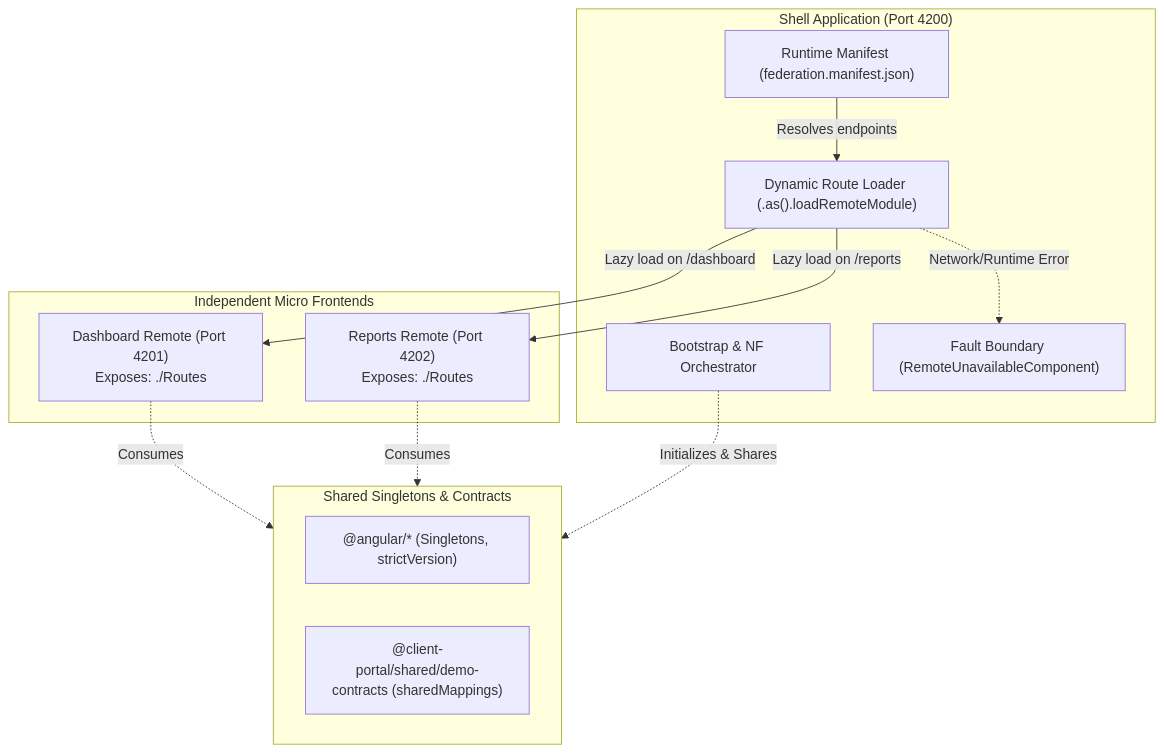
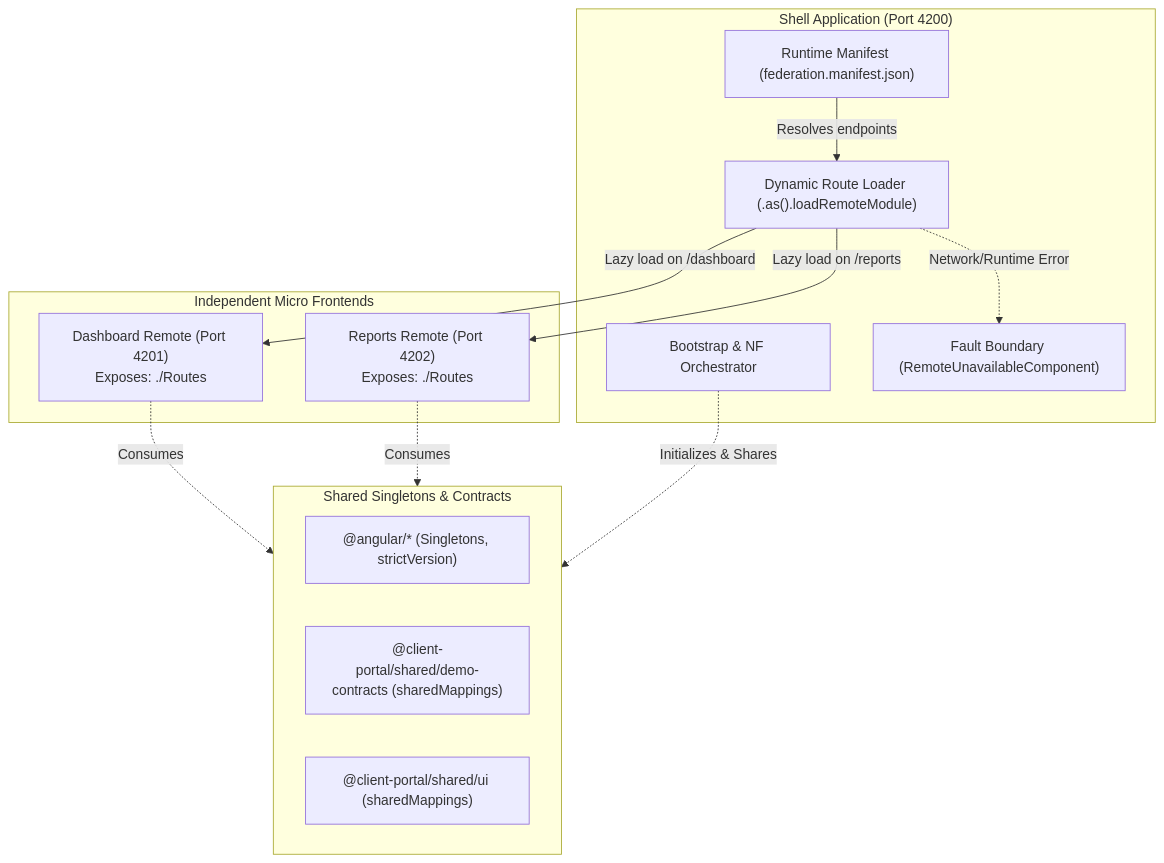
One commit to oleh-kazban/angular-nx-native-federation changed the diagram in README.md. Above: the diagram before and after it, drawn with Mermaid. The commit also changed other lines of this file and 21 other files, not shown here.

````diff
--- a/README.md
+++ b/README.md
@@ -44,27 +44,28 @@
 ```mermaid
 flowchart TD
     subgraph Host ["Shell Application (Port 4200)"]
         ShellBoot["Bootstrap & NF Orchestrator"]
         Manifest["Runtime Manifest (federation.manifest.json)"]
         Router["Dynamic Route Loader (.as<T>().loadRemoteModule)"]
         Fallback["Fault Boundary (RemoteUnavailableComponent)"]
     end
 
     subgraph Remotes ["Independent Micro Frontends"]
         Dashboard["Dashboard Remote (Port 4201)\nExposes: ./Routes"]
         Reports["Reports Remote (Port 4202)\nExposes: ./Routes"]
     end
 
     subgraph SharedDeps ["Shared Singletons & Contracts"]
         AngularShared["@angular/* (Singletons, strictVersion)"]
         ContractsLib["@client-portal/shared/demo-contracts (sharedMappings)"]
+        UiLib["@client-portal/shared/ui (sharedMappings)"]
     end
 
     Manifest -->|Resolves endpoints| Router
     Router -->|Lazy load on /dashboard| Dashboard
     Router -->|Lazy load on /reports| Reports
     Router -.->|Network/Runtime Error| Fallback
     Dashboard -.->|Consumes| SharedDeps
     Reports -.->|Consumes| SharedDeps
     ShellBoot -.->|Initializes & Shares| SharedDeps
 ```
````
